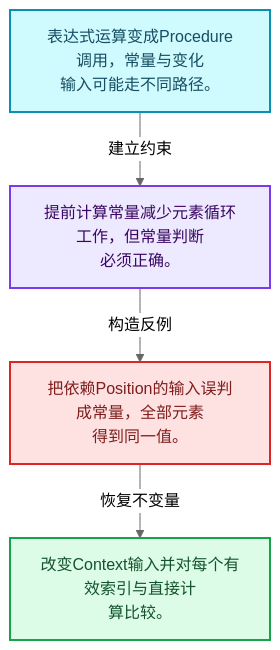
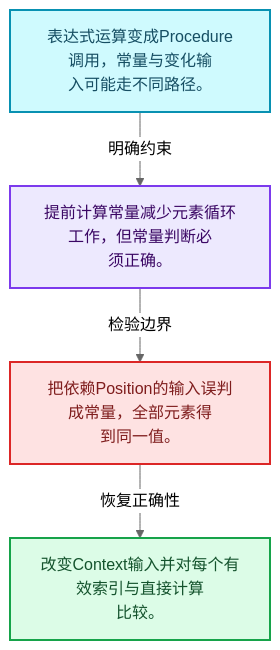
The first of 4 diagrams in 杂/markdown/全面学习-codex/08-Field表达式与求值/09-生成Procedure与执行.md (yunkezengren/blender-.vscode), drawn with Mermaid (neutral theme) before and after one commit. The commit also changed other lines of this file and 1930 other files, not shown here.

````diff
--- a/杂/markdown/全面学习-codex/08-Field表达式与求值/09-生成Procedure与执行.md
+++ b/杂/markdown/全面学习-codex/08-Field表达式与求值/09-生成Procedure与执行.md
@@ -29,16 +29,16 @@
 ```mermaid
 flowchart TB
-  M["表达式运算变成Procedure调用，常量与变化<br/>输入可能走不同路径。"]:::data
-  T["提前计算常量减少元素循环工作，但常量判断<br/>必须正确。"]:::abstraction
-  X["把依赖Position的输入误判成常量，全部元素<br/>得到同一值。"]:::error
-  A["改变Context输入并对每个有效索引与直接计<br/>算比较。"]:::result
-  M -->|"建立约束"| T
-  T -->|"构造反例"| X
-  X -->|"恢复不变量"| A
+  M["表达式运算变成Procedure调用，常量与变化输<br/>入可能走不同路径。"]:::data
+  C["提前计算常量减少元素循环工作，但常量判断必<br/>须正确。"]:::abstraction
+  B["把依赖Position的输入误判成常量，全部元素得<br/>到同一值。"]:::error
+  R["改变Context输入并对每个有效索引与直接计算<br/>比较。"]:::result
+  M -->|"明确约束"| C
+  C -->|"检验边界"| B
+  B -->|"恢复正确性"| R
   classDef input fill:#DBEAFE,stroke:#2563EB,color:#172554,stroke-width:2px;
   classDef data fill:#CFFAFE,stroke:#0891B2,color:#164E63,stroke-width:2px;
   classDef abstraction fill:#EDE9FE,stroke:#7C3AED,color:#3B0764,stroke-width:2px;
   classDef compute fill:#FEF3C7,stroke:#D97706,color:#78350F,stroke-width:2px;
   classDef result fill:#DCFCE7,stroke:#16A34A,color:#14532D,stroke-width:2px;
   classDef error fill:#FEE2E2,stroke:#DC2626,color:#7F1D1D,stroke-width:2px;
 ```
````
